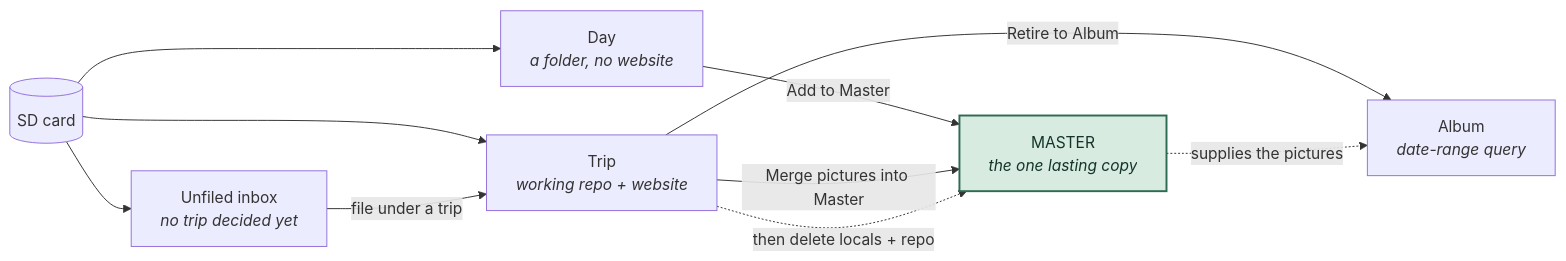
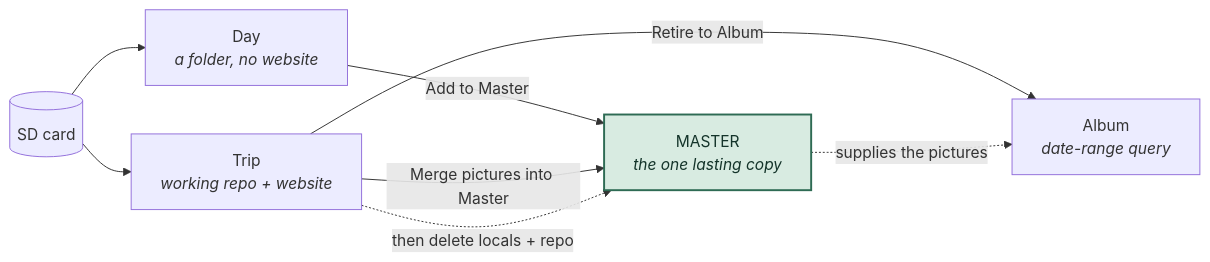
Before and after one commit to gilbert-houtekamer/SpeciesViewer: the diagram in docs/manual/00-concepts.md, drawn with Mermaid. The commit also changed other lines of this file and 6 other files, not shown here.

````diff
--- a/docs/manual/00-concepts.md
+++ b/docs/manual/00-concepts.md
@@ -176,22 +238,19 @@
 ```mermaid
 flowchart LR
     CARD[(SD card)]
-    UNF["Unfiled inbox<br/><i>no trip decided yet</i>"]
     DAY["Day<br/><i>a folder, no website</i>"]
     TRIP["Trip<br/><i>working repo + website</i>"]
     MASTER["MASTER<br/><i>the one lasting copy</i>"]
     ALBUM["Album<br/><i>date-range query</i>"]
 
-    CARD --> UNF
     CARD --> TRIP
     CARD --> DAY
-    UNF -- "file under a trip" --> TRIP
     DAY -- "Add to Master" --> MASTER
     TRIP -- "Merge pictures into Master" --> MASTER
     TRIP -- "Retire to Album" --> ALBUM
     MASTER -. "supplies the pictures" .-> ALBUM
     TRIP -. "then delete locals + repo" .-> MASTER
 
     classDef m fill:#d8ebe1,stroke:#2e6b54,stroke-width:2px,color:#14342a;
     class MASTER m;
 ```
````
